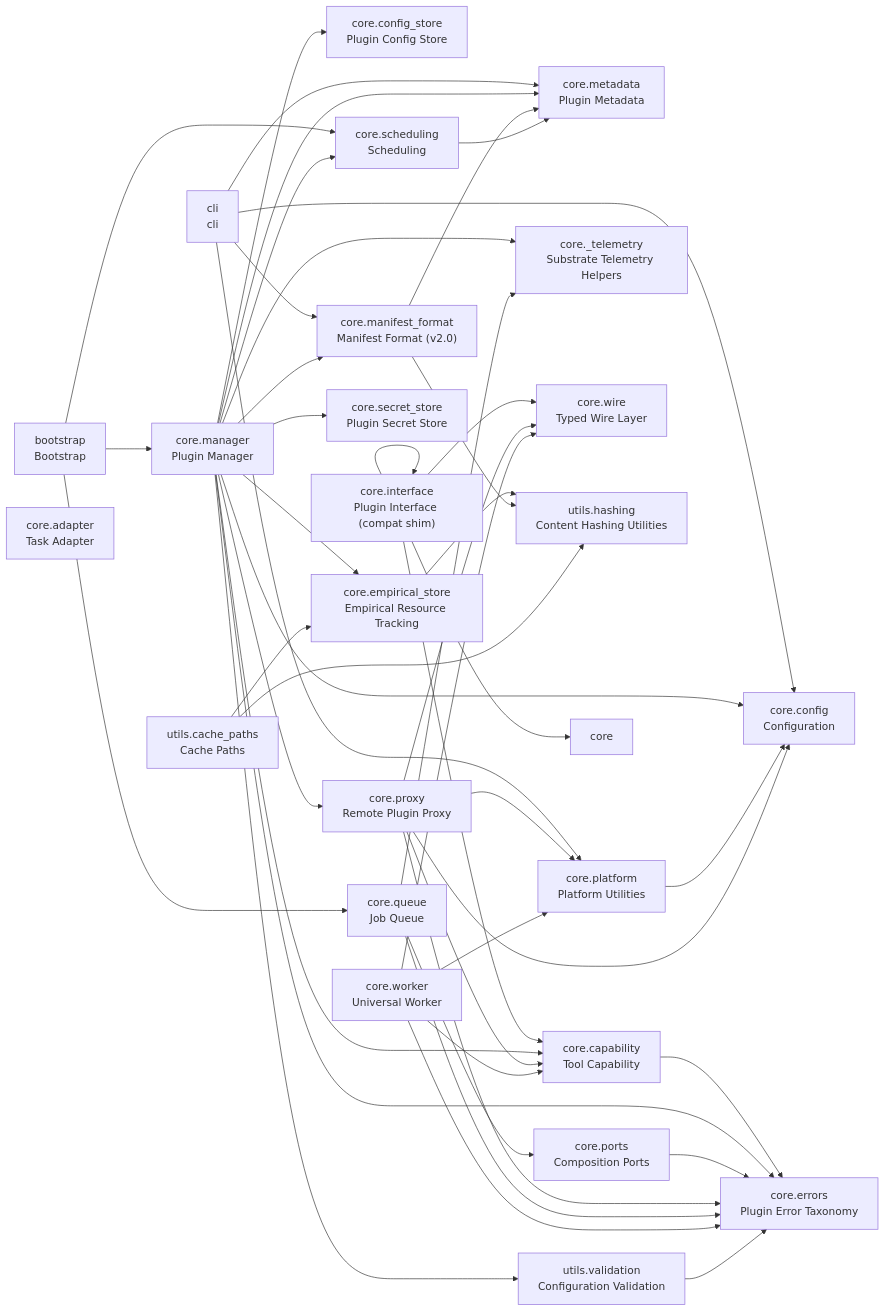
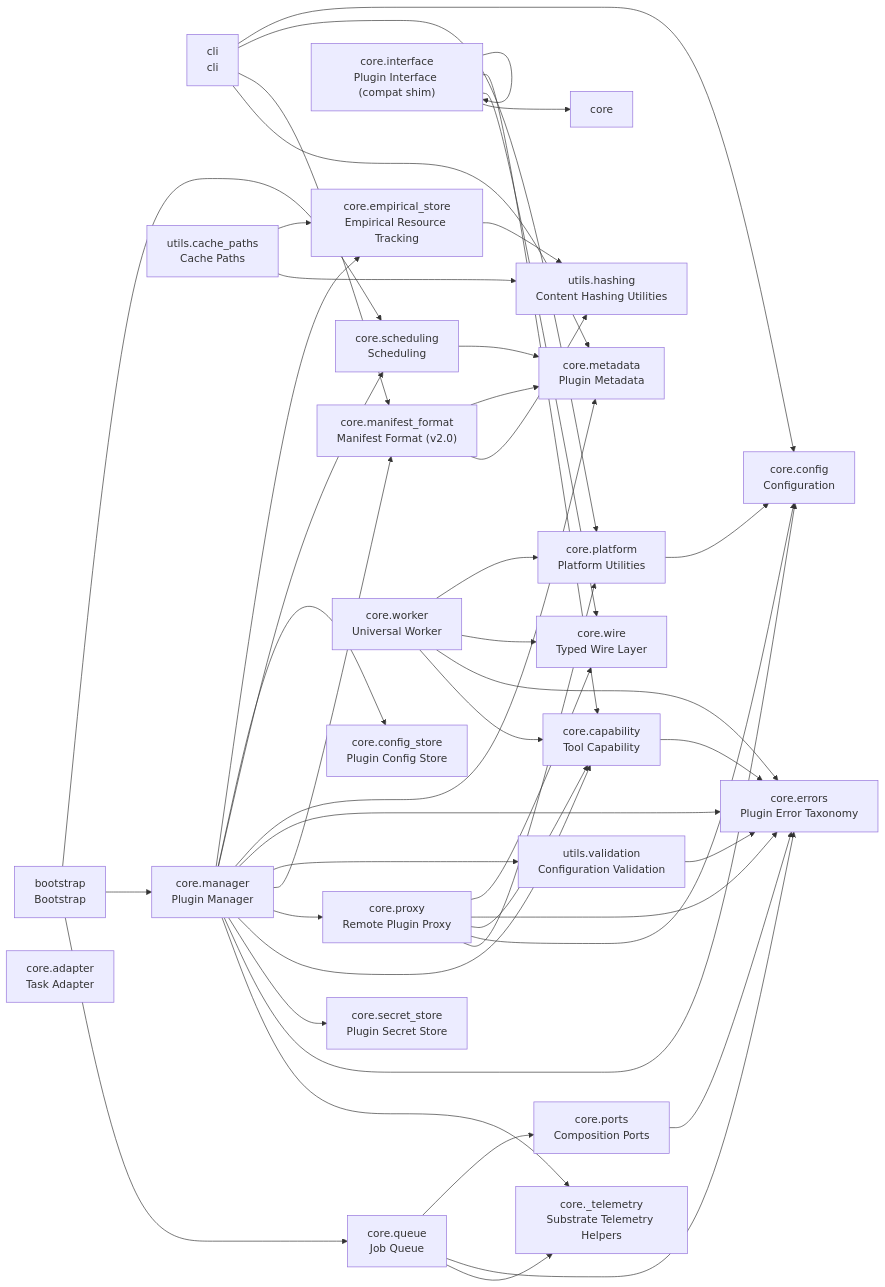
The diagram in README.md (cj-mills/cjm-plugin-system), drawn with Mermaid before and after one commit. The commit also changed other lines of this file and 2 other files, not shown here.

````diff
--- a/README.md
+++ b/README.md
@@ -46,73 +46,73 @@
 ``` mermaid
 graph LR
     bootstrap["bootstrap<br/>Bootstrap"]
     cli["cli<br/>cli"]
     core_adapter["core.adapter<br/>Task Adapter"]
     core_capability["core.capability<br/>Tool Capability"]
     core_config["core.config<br/>Configuration"]
     core_config_store["core.config_store<br/>Plugin Config Store"]
     core_empirical_store["core.empirical_store<br/>Empirical Resource Tracking"]
     core_errors["core.errors<br/>Plugin Error Taxonomy"]
     core_interface["core.interface<br/>Plugin Interface (compat shim)"]
     core_manager["core.manager<br/>Plugin Manager"]
     core_manifest_format["core.manifest_format<br/>Manifest Format (v2.0)"]
     core_metadata["core.metadata<br/>Plugin Metadata"]
     core_platform["core.platform<br/>Platform Utilities"]
     core_ports["core.ports<br/>Composition Ports"]
     core_proxy["core.proxy<br/>Remote Plugin Proxy"]
     core_queue["core.queue<br/>Job Queue"]
     core_scheduling["core.scheduling<br/>Scheduling"]
     core_secret_store["core.secret_store<br/>Plugin Secret Store"]
     core__telemetry["core._telemetry<br/>Substrate Telemetry Helpers"]
     core_wire["core.wire<br/>Typed Wire Layer"]
     core_worker["core.worker<br/>Universal Worker"]
     utils_cache_paths["utils.cache_paths<br/>Cache Paths"]
     utils_hashing["utils.hashing<br/>Content Hashing Utilities"]
     utils_validation["utils.validation<br/>Configuration Validation"]
 
+    bootstrap --> core_scheduling
     bootstrap --> core_manager
     bootstrap --> core_queue
-    bootstrap --> core_scheduling
+    cli --> core_config
+    cli --> core_platform
+    cli --> core_manifest_format
     cli --> core_metadata
-    cli --> core_manifest_format
-    cli --> core_platform
-    cli --> core_config
     core_capability --> core_errors
     core_empirical_store --> utils_hashing
+    core_interface --> core_interface
     core_interface --> core_capability
+    core_interface --> core_wire
     core_interface --> core
-    core_interface --> core_wire
-    core_interface --> core_interface
+    core_manager --> core_empirical_store
+    core_manager --> core_config_store
+    core_manager --> core_scheduling
     core_manager --> core_metadata
-    core_manager --> core_secret_store
-    core_manager --> core_capability
-    core_manager --> core_manifest_format
-    core_manager --> core_empirical_store
     core_manager --> core_errors
     core_manager --> utils_validation
-    core_manager --> core_config_store
+    core_manager --> core_manifest_format
+    core_manager --> core_proxy
+    core_manager --> core_capability
+    core_manager --> core_secret_store
     core_manager --> core_config
     core_manager --> core__telemetry
-    core_manager --> core_scheduling
-    core_manager --> core_proxy
     core_manifest_format --> core_metadata
     core_manifest_format --> utils_hashing
     core_platform --> core_config
     core_ports --> core_errors
+    core_proxy --> core_wire
+    core_proxy --> core_errors
+    core_proxy --> core_capability
+    core_proxy --> core_config
     core_proxy --> core_platform
-    core_proxy --> core_capability
-    core_proxy --> core_errors
-    core_proxy --> core_config
-    core_proxy --> core_wire
+    core_queue --> core_ports
     core_queue --> core_errors
-    core_queue --> core_ports
     core_queue --> core__telemetry
     core_scheduling --> core_metadata
+    core_worker --> core_platform
+    core_worker --> core_wire
     core_worker --> core_errors
-    core_worker --> core_platform
     core_worker --> core_capability
-    core_worker --> core_wire
     utils_cache_paths --> core_empirical_store
     utils_cache_paths --> utils_hashing
     utils_validation --> core_errors
 ```
````
